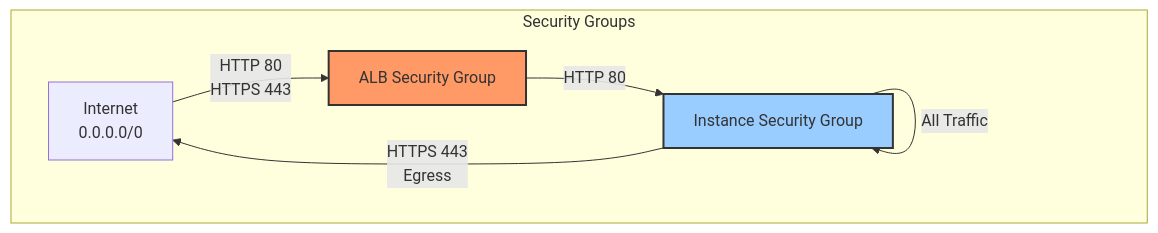
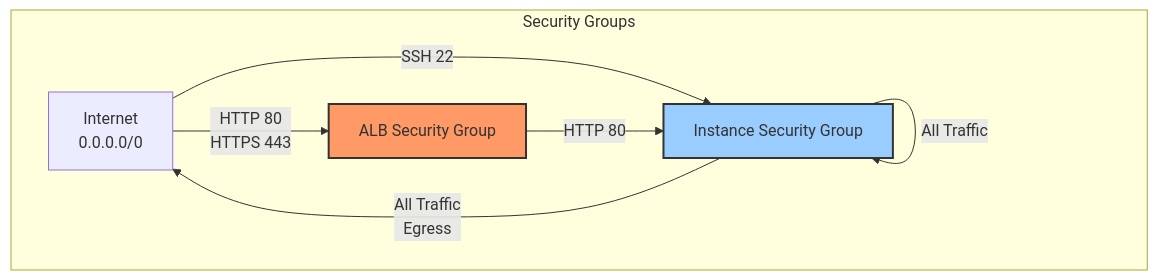
Before and after one commit to linkrage/devops-iac1: the third of 8 diagrams in README.md, drawn with Mermaid. The commit also changed other lines of this file and 4 other files, not shown here.

````diff
--- a/README.md
+++ b/README.md
@@ -375,17 +380,18 @@
 ```mermaid
 graph TD
     subgraph "Security Groups"
         Internet[Internet<br/>0.0.0.0/0]
 
         ALB_SG[ALB Security Group]
         INST_SG[Instance Security Group]
 
         Internet -->|HTTP 80<br/>HTTPS 443| ALB_SG
+        Internet -->|SSH 22| INST_SG
         ALB_SG -->|HTTP 80| INST_SG
         INST_SG -->|All Traffic| INST_SG
-        INST_SG -->|HTTPS 443<br/>Egress| Internet
+        INST_SG -->|All Traffic<br/>Egress| Internet
     end
 
     style ALB_SG fill:#f96,stroke:#333,stroke-width:2px
     style INST_SG fill:#9cf,stroke:#333,stroke-width:2px
 ```
````
